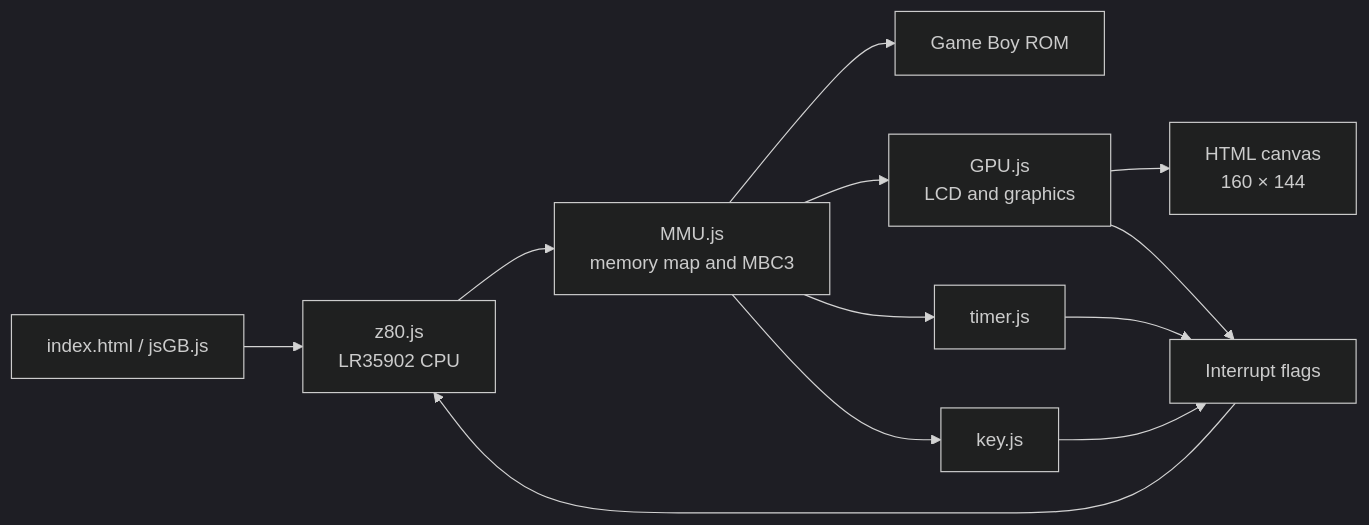
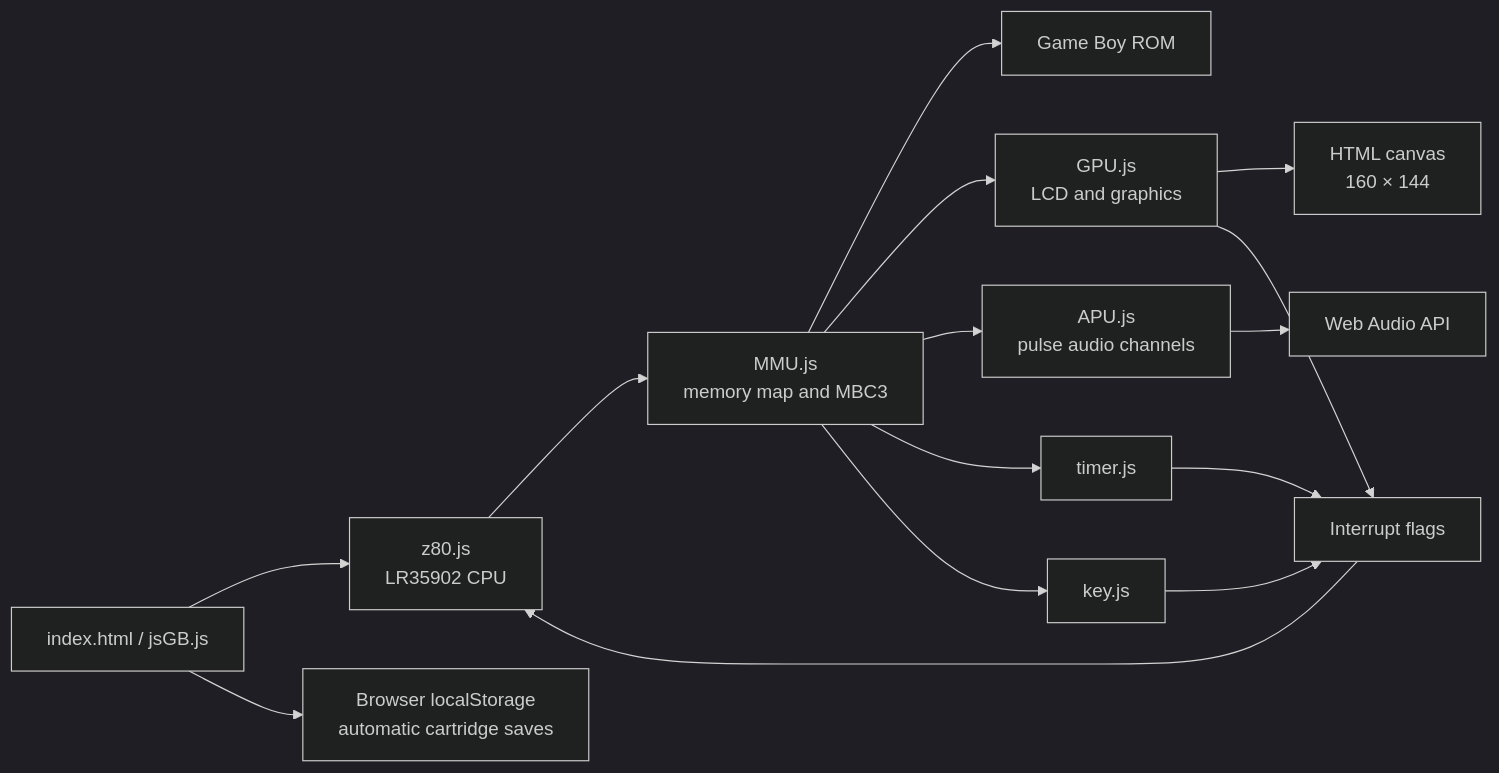
Before and after one commit to KamilMatyjaszczyk/Emulator: the first of 2 diagrams in README.md, drawn with Mermaid (dark theme). The commit also changed other lines of this file and 9 other files, not shown here.

````diff
--- a/README.md
+++ b/README.md
@@ -79,14 +93,17 @@
 ```mermaid
 flowchart LR
     UI[index.html / jsGB.js] --> CPU[z80.js<br>LR35902 CPU]
     CPU --> MMU[MMU.js<br>memory map and MBC3]
     MMU --> ROM[Game Boy ROM]
+    UI --> STORAGE[Browser localStorage<br>automatic cartridge saves]
     MMU --> GPU[GPU.js<br>LCD and graphics]
+    MMU --> APU[APU.js<br>pulse audio channels]
     MMU --> TIMER[timer.js]
     MMU --> KEY[key.js]
     GPU --> CANVAS[HTML canvas<br>160 × 144]
+    APU --> AUDIO[Web Audio API]
     TIMER --> IRQ[Interrupt flags]
     KEY --> IRQ
     GPU --> IRQ
     IRQ --> CPU
 ```
````
